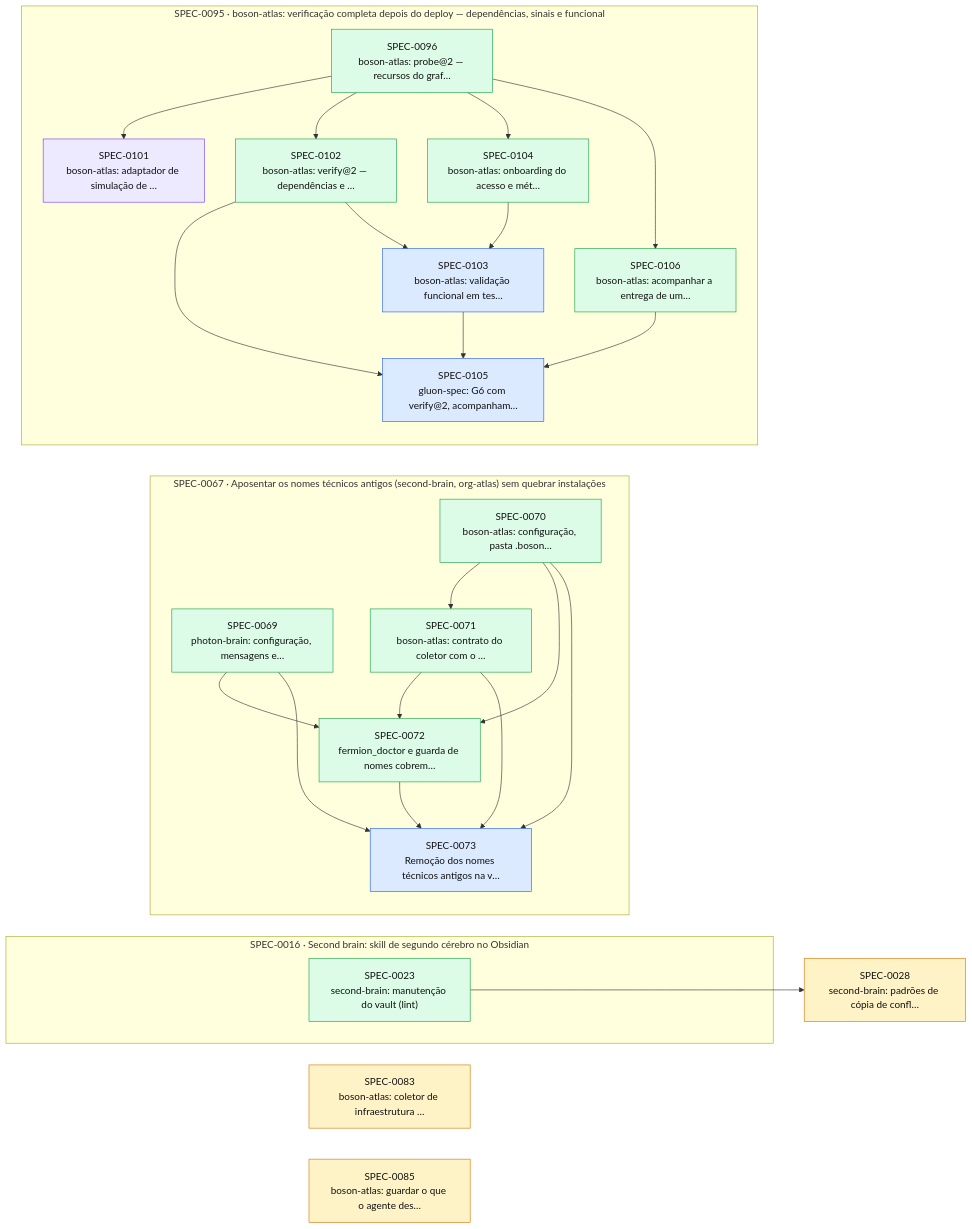
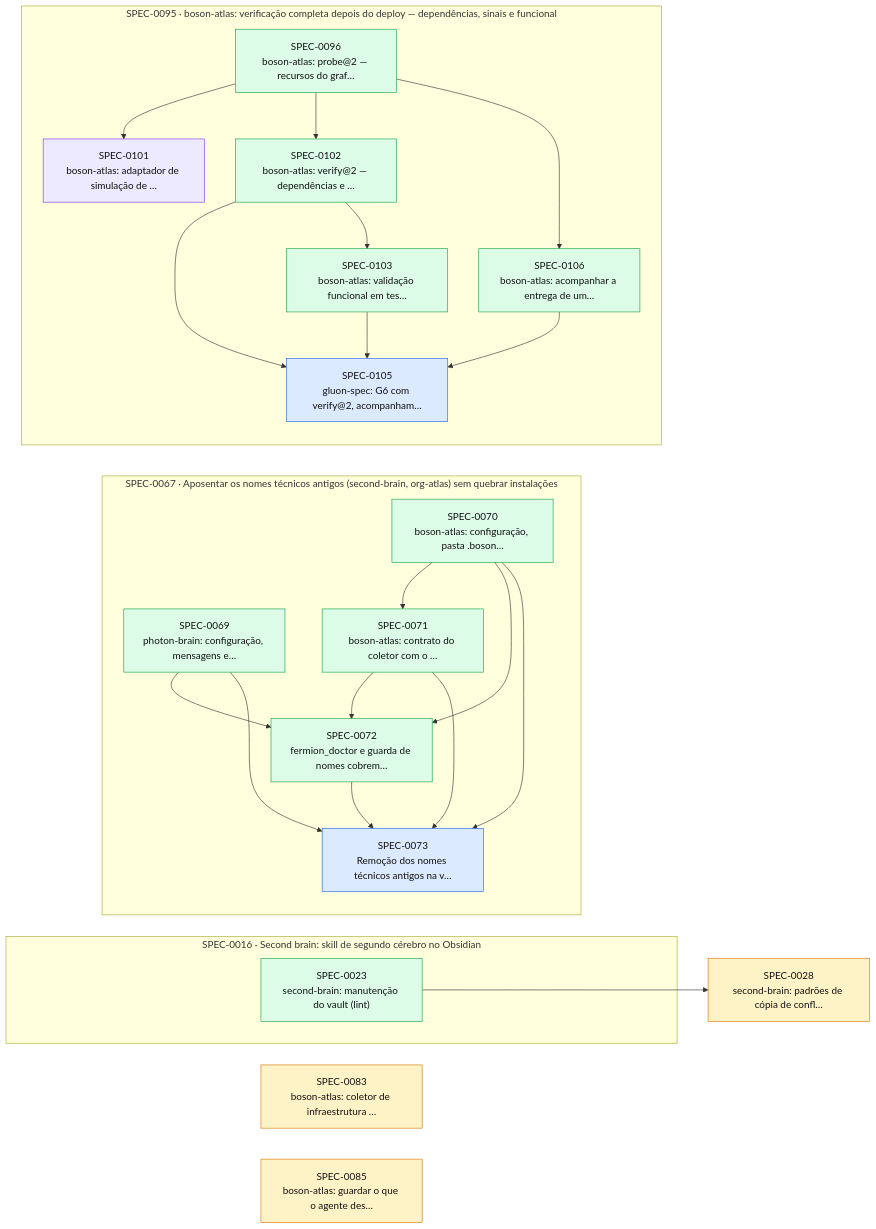
One commit to thomasravache/ai-dev-brain changed the diagram in docs/specs/INDEX.md. Above: the diagram before and after it, drawn with Mermaid. The commit also changed other lines of this file and 1 other file, not shown here.

First line of the commit message:
docs(specs): G7 e fechamento da SPEC-0103

````diff
--- a/docs/specs/INDEX.md
+++ b/docs/specs/INDEX.md
@@ -68,48 +67,45 @@
 ```mermaid
 flowchart LR
   S0028["SPEC-0028<br/>second-brain: padrões de cópia de confl…"]:::proposed
   S0083["SPEC-0083<br/>boson-atlas: coletor de infraestrutura …"]:::proposed
   S0085["SPEC-0085<br/>boson-atlas: guardar o que o agente des…"]:::proposed
   subgraph E0016["SPEC-0016 · Second brain: skill de segundo cérebro no Obsidian"]
     S0023["SPEC-0023<br/>second-brain: manutenção do vault (lint)"]:::implemented
   end
   subgraph E0067["SPEC-0067 · Aposentar os nomes técnicos antigos (second-brain, org-atlas) sem quebrar instalações"]
     S0069["SPEC-0069<br/>photon-brain: configuração, mensagens e…"]:::implemented
     S0070["SPEC-0070<br/>boson-atlas: configuração, pasta .boson…"]:::implemented
     S0071["SPEC-0071<br/>boson-atlas: contrato do coletor com o …"]:::implemented
     S0072["SPEC-0072<br/>fermion_doctor e guarda de nomes cobrem…"]:::implemented
     S0073["SPEC-0073<br/>Remoção dos nomes técnicos antigos na v…"]:::approved
   end
   subgraph E0095["SPEC-0095 · boson-atlas: verificação completa depois do deploy — dependências, sinais e funcional"]
     S0096["SPEC-0096<br/>boson-atlas: probe@2 — recursos do graf…"]:::implemented
     S0101["SPEC-0101<br/>boson-atlas: adaptador de simulação de …"]:::inprogress
     S0102["SPEC-0102<br/>boson-atlas: verify@2 — dependências e …"]:::implemented
-    S0103["SPEC-0103<br/>boson-atlas: validação funcional em tes…"]:::approved
-    S0104["SPEC-0104<br/>boson-atlas: onboarding do acesso e mét…"]:::implemented
+    S0103["SPEC-0103<br/>boson-atlas: validação funcional em tes…"]:::implemented
     S0105["SPEC-0105<br/>gluon-spec: G6 com verify@2, acompanham…"]:::approved
     S0106["SPEC-0106<br/>boson-atlas: acompanhar a entrega de um…"]:::implemented
   end
   S0023 --> S0028
   S0070 --> S0071
   S0069 --> S0072
   S0070 --> S0072
   S0071 --> S0072
   S0069 --> S0073
   S0070 --> S0073
   S0071 --> S0073
   S0072 --> S0073
   S0096 --> S0101
   S0096 --> S0102
   S0102 --> S0103
-  S0104 --> S0103
-  S0096 --> S0104
   S0102 --> S0105
   S0103 --> S0105
   S0106 --> S0105
   S0096 --> S0106
   classDef proposed fill:#fef3c7,stroke:#d97706,color:#111
   classDef approved fill:#dbeafe,stroke:#2563eb,color:#111
   classDef inprogress fill:#ede9fe,stroke:#7c3aed,color:#111
   classDef implemented fill:#dcfce7,stroke:#16a34a,color:#111
   classDef deprecated fill:#f3f4f6,stroke:#9ca3af,color:#6b7280
 ```
````
